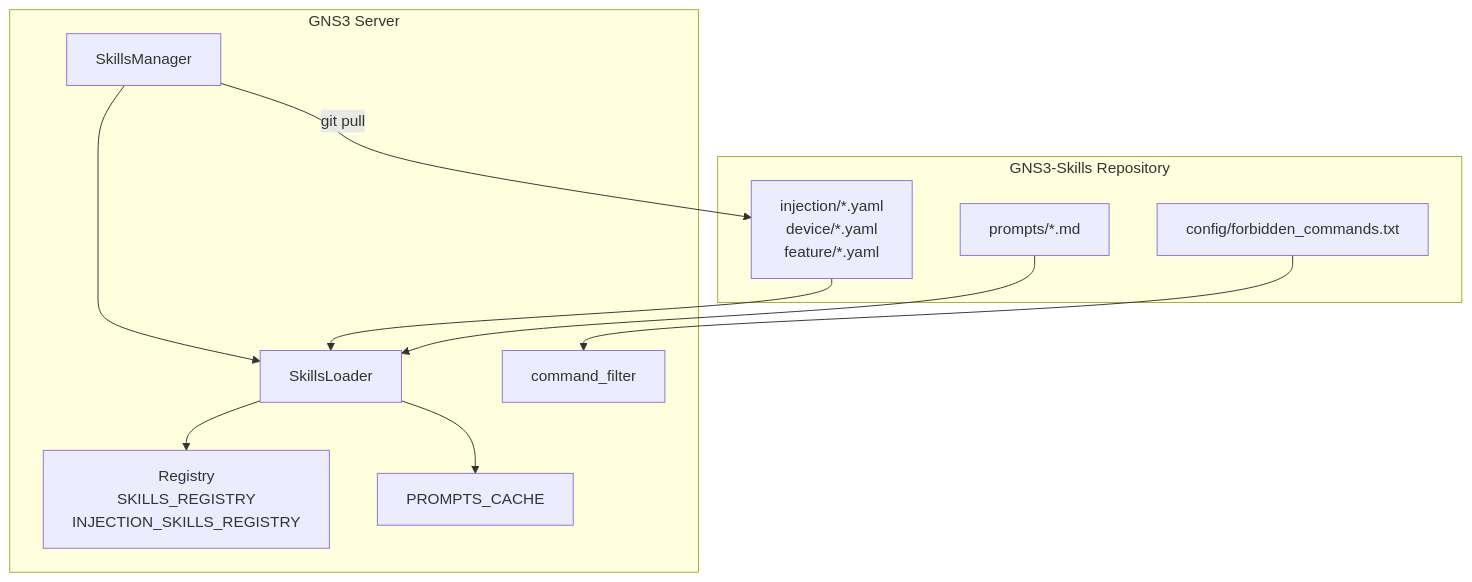
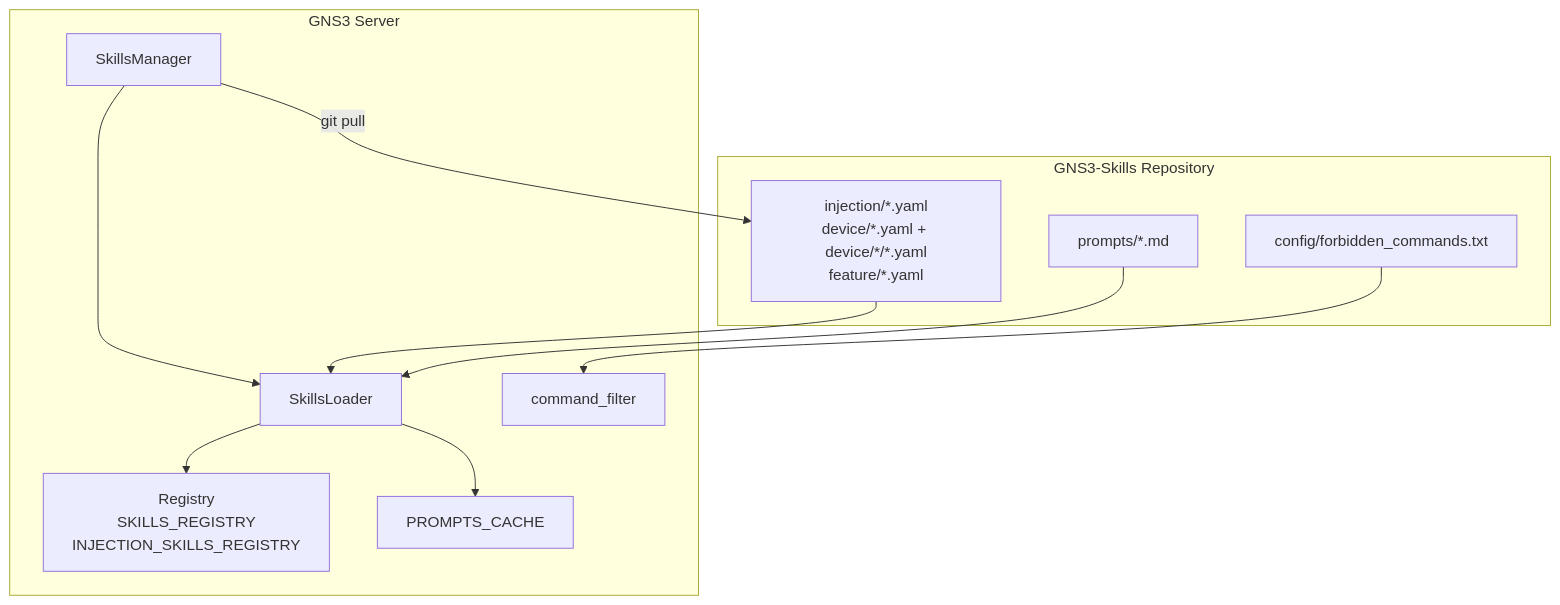
The first of 2 diagrams in docs/gns3-copilot/implemented/skills-repository.md (cristian-ciobanu/gns3-server), drawn with Mermaid before and after one commit. The commit also changed other lines of this file and 4 other files, not shown here.

````diff
--- a/docs/gns3-copilot/implemented/skills-repository.md
+++ b/docs/gns3-copilot/implemented/skills-repository.md
@@ -24,24 +24,24 @@
 ```mermaid
 graph TD
     subgraph "GNS3-Skills Repository"
-        YAML[injection/*.yaml<br/>device/*.yaml<br/>feature/*.yaml]
+        YAML[injection/*.yaml<br/>device/*.yaml + device/*/*.yaml<br/>feature/*.yaml]
         MD[prompts/*.md]
         CFG[config/forbidden_commands.txt]
     end
 
     subgraph "GNS3 Server"
         SM[SkillsManager]
         SL[SkillsLoader]
         REG[Registry<br/>SKILLS_REGISTRY<br/>INJECTION_SKILLS_REGISTRY]
         PROMPT[PROMPTS_CACHE]
         FC[command_filter]
     end
 
     YAML --> SL
     MD --> SL
     CFG --> FC
     SL --> REG
     SL --> PROMPT
     SM --> SL
     SM -->|git pull| YAML
 ```
````
